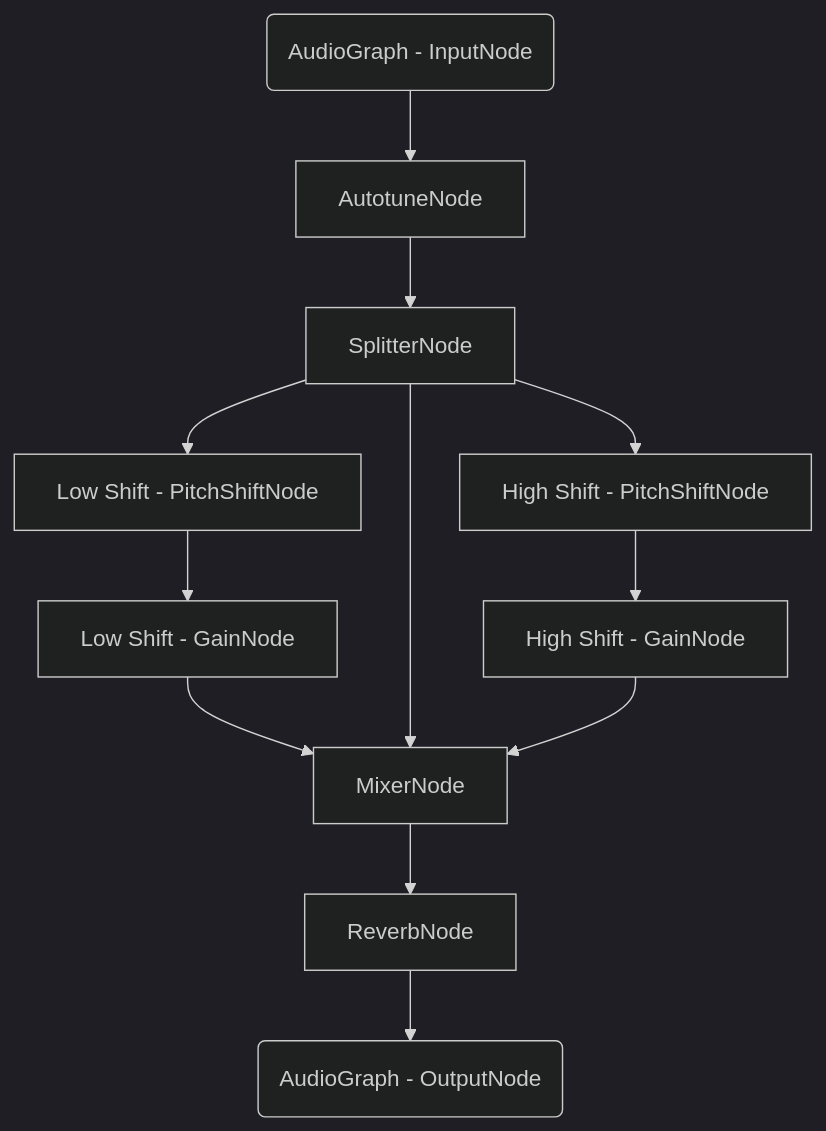
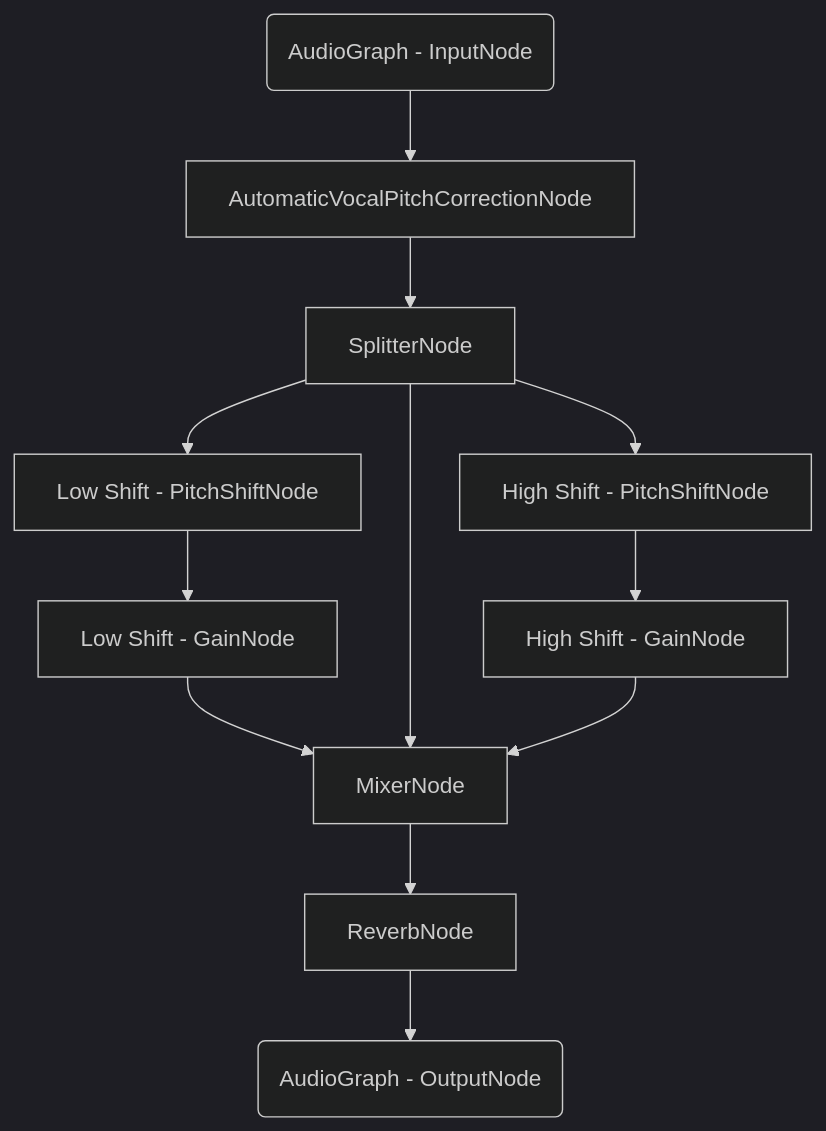
The third of 4 diagrams in README.md (switchboard-sdk/vocal-fx-chains-app-ios), drawn with Mermaid (dark theme) before and after one commit. The commit also changed other lines of this file, not shown here.

Commit message:
README change

````diff
--- a/README.md
+++ b/README.md
@@ -115,14 +115,14 @@
 ```mermaid
 flowchart TD
-idInput(AudioGraph - InputNode)-->idAT[AutotuneNode]
+idInput(AudioGraph - InputNode)-->idAT[AutomaticVocalPitchCorrectionNode]
 idAT-->idSplitter[SplitterNode]
 idSplitter-->idLowShift[Low Shift - PitchShiftNode]
 idLowShift-->idLowGain[Low Shift - GainNode]
 idSplitter-->idHighShift[High Shift - PitchShiftNode]
 idLowGain-->idMixer[MixerNode]
 idSplitter-->idMixer
 idHighShift-->idHighGain[High Shift - GainNode]
 idHighGain-->idMixer
 idMixer-->idReverb[ReverbNode]
 idReverb-->idOutput(AudioGraph - OutputNode)
 ```
````
